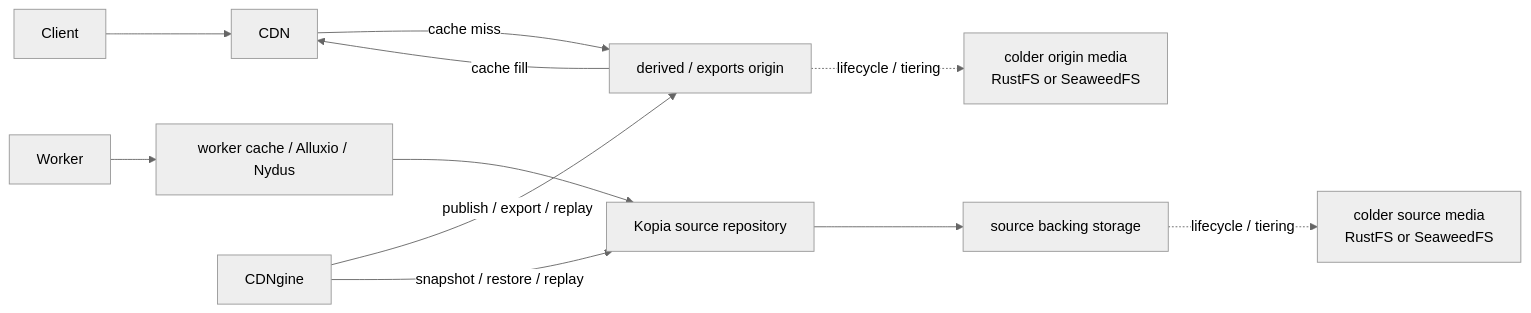
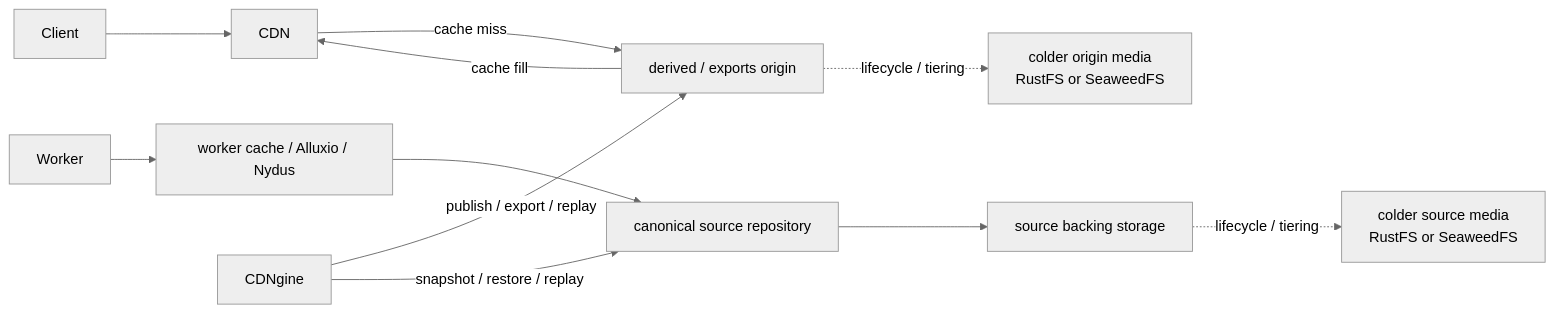
One commit to Yeusepe/cdngine changed the diagram in docs/storage-tiering-and-materialization.md. Above: the diagram before and after it, drawn with Mermaid (neutral theme). The commit also changed other lines of this file and 85 other files, not shown here.

First line of the commit message:
Add canonical source materialization and Xet default

````diff
--- a/docs/storage-tiering-and-materialization.md
+++ b/docs/storage-tiering-and-materialization.md
@@ -137,15 +137,15 @@
 ```mermaid
 flowchart LR
     Client["Client"] --> CDN["CDN"]
     CDN -->|cache miss| Origin["derived / exports origin"]
     Origin -->|cache fill| CDN
     Origin -. lifecycle / tiering .-> ColderOrigin["colder origin media\nRustFS or SeaweedFS"]
 
     Worker["Worker"] --> Cache["worker cache / Alluxio / Nydus"]
-    Cache --> SourceRepo["Kopia source repository"]
+    Cache --> SourceRepo["canonical source repository"]
     SourceRepo --> SourceOrigin["source backing storage"]
     SourceOrigin -. lifecycle / tiering .-> ColderSource["colder source media\nRustFS or SeaweedFS"]
 
     Control["CDNgine"] -->|publish / export / replay| Origin
     Control -->|snapshot / restore / replay| SourceRepo
 ```
````
